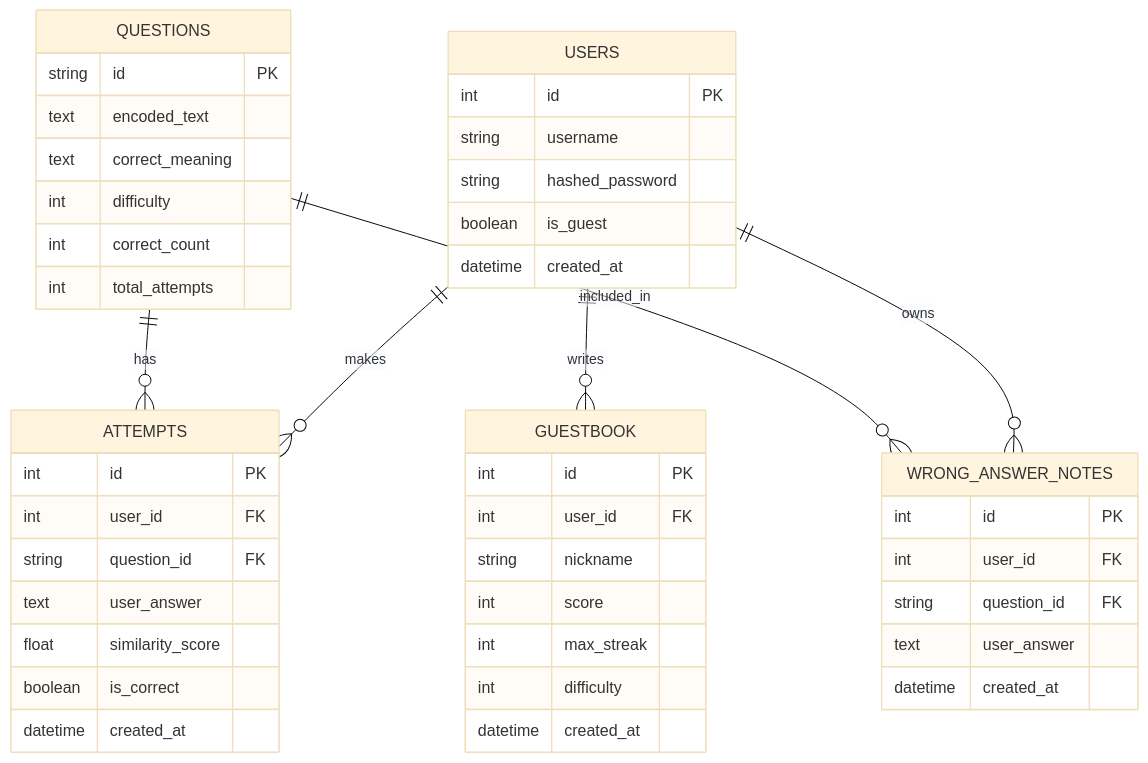
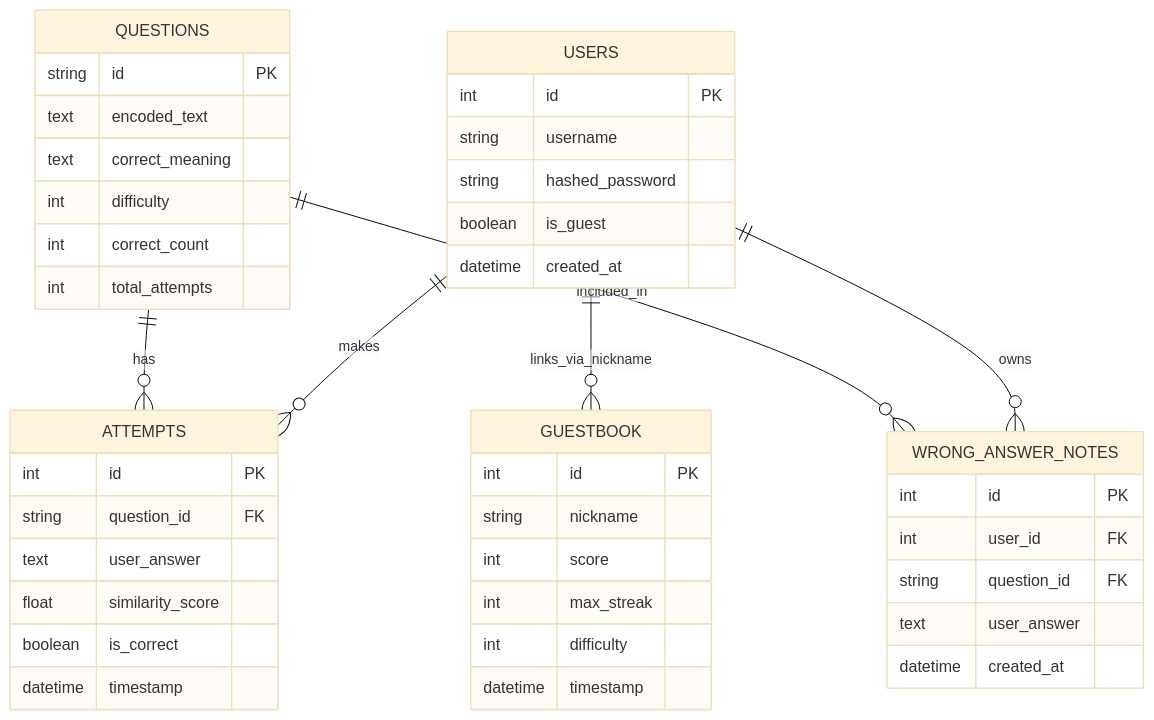
One commit to himchannnn/context_hunter changed the second of 4 diagrams in DESIGN_DOC.md. Above: the diagram before and after it, drawn with Mermaid (base theme). The commit also changed other lines of this file, not shown here.

````diff
--- a/DESIGN_DOC.md
+++ b/DESIGN_DOC.md
@@ -73,53 +74,52 @@
 ```mermaid
 erDiagram
     USERS ||--o{ ATTEMPTS : makes
     USERS ||--o{ WRONG_ANSWER_NOTES : owns
-    USERS ||--o{ GUESTBOOK : writes
+    %% GUESTBOOK is logically related but stores nickname directly for simplicity
+    USERS ||--o{ GUESTBOOK : links_via_nickname
     QUESTIONS ||--o{ ATTEMPTS : has
     QUESTIONS ||--o{ WRONG_ANSWER_NOTES : included_in
 
     USERS {
         int id PK
         string username
         string hashed_password
         boolean is_guest
         datetime created_at
     }
 
     QUESTIONS {
         string id PK
         text encoded_text
         text correct_meaning
         int difficulty
         int correct_count
         int total_attempts
     }
 
     WRONG_ANSWER_NOTES {
         int id PK
         int user_id FK
         string question_id FK
         text user_answer
         datetime created_at
     }
 
     GUESTBOOK {
         int id PK
-        int user_id FK
         string nickname
         int score
         int max_streak
         int difficulty
-        datetime created_at
+        datetime timestamp
     }
 
     ATTEMPTS {
         int id PK
-        int user_id FK
         string question_id FK
         text user_answer
         float similarity_score
         boolean is_correct
-        datetime created_at
+        datetime timestamp
     }
 ```
````
